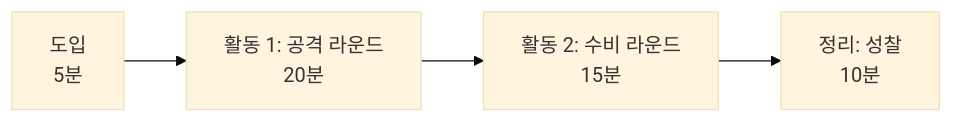
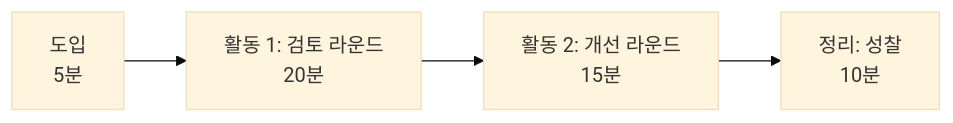
Before and after one commit to greatsong/data-analysis-agentic: the first of 3 diagrams in docs/chapter07.md, drawn with Mermaid (base theme). The commit also changed other lines of this file and 6 other files, not shown here.

First line of the commit message:
어색한 표현 정리: 과격한 비유 → 교육적 표현 + mermaid \n → <br>

````diff
--- a/docs/chapter07.md
+++ b/docs/chapter07.md
@@ -56,6 +56,6 @@
 ```mermaid
 flowchart LR
-    A["도입\n5분"] --> B["활동 1: 공격 라운드\n20분"]
-    B --> C["활동 2: 수비 라운드\n15분"]
-    C --> D["정리: 성찰\n10분"]
+    A["도입<br>5분"] --> B["활동 1: 검토 라운드<br>20분"]
+    B --> C["활동 2: 개선 라운드<br>15분"]
+    C --> D["정리: 성찰<br>10분"]
 ```
````
